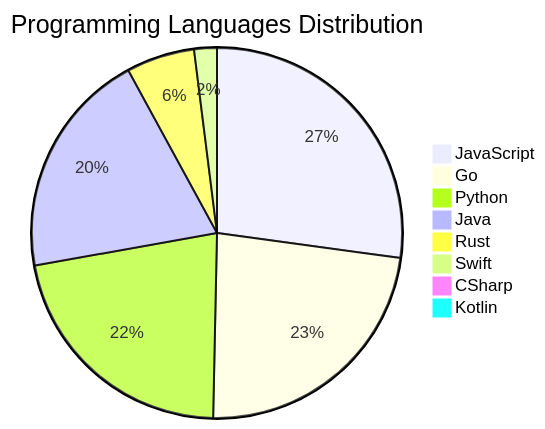
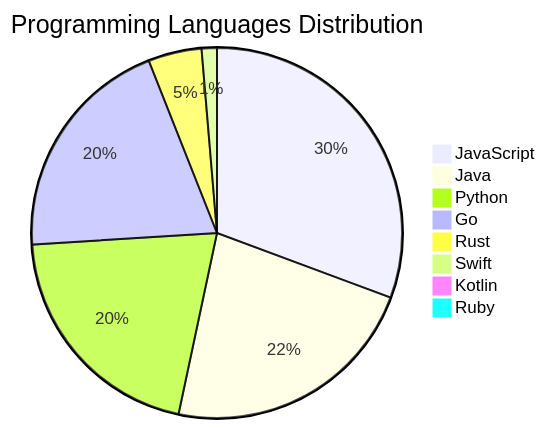
One commit to Derrick-MUGISHA/github-activity-bot changed the diagram in README.md. Above: the diagram before and after it, drawn with Mermaid. The commit also changed other lines of this file and 4 other files, not shown here.

````diff
--- a/README.md
+++ b/README.md
@@ -209,11 +208,11 @@
 ```mermaid
 pie title Programming Languages Distribution
-    "JavaScript" : 41
-    "Go" : 35
-    "Python" : 33
-    "Java" : 30
-    "Rust" : 9
-    "Swift" : 3
-    "CSharp" : 1
+    "JavaScript" : 46
+    "Java" : 34
+    "Python" : 31
+    "Go" : 30
+    "Rust" : 7
+    "Swift" : 2
     "Kotlin" : 1
+    "Ruby" : 1
 ```
````
